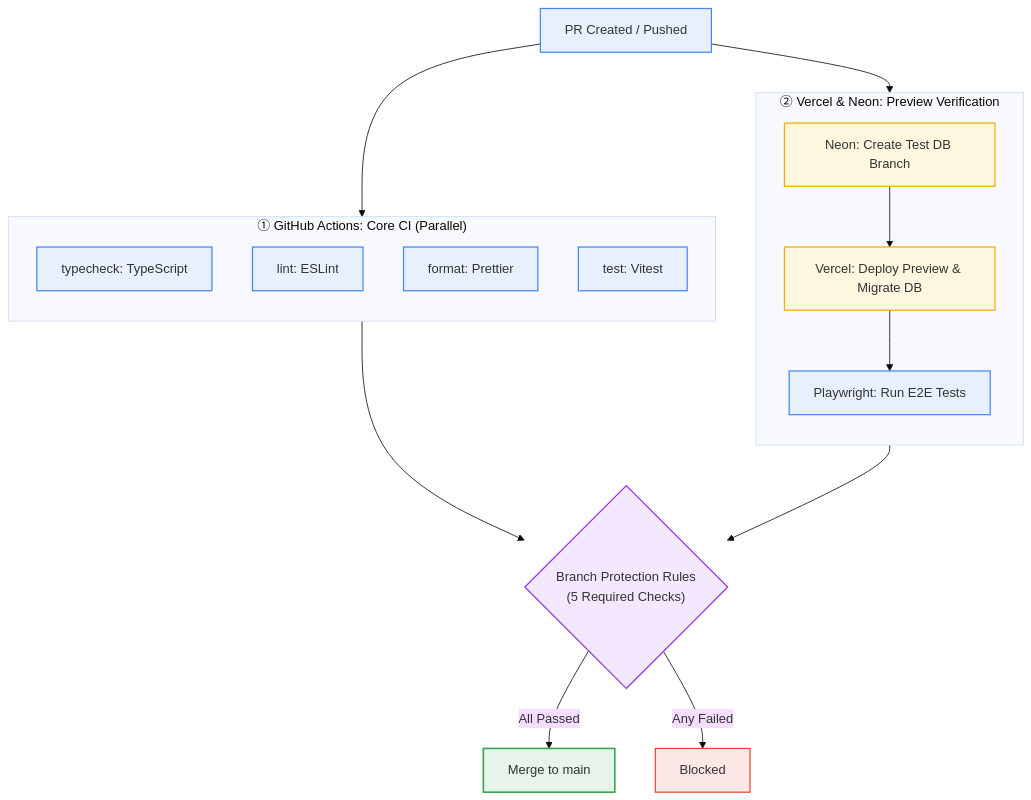
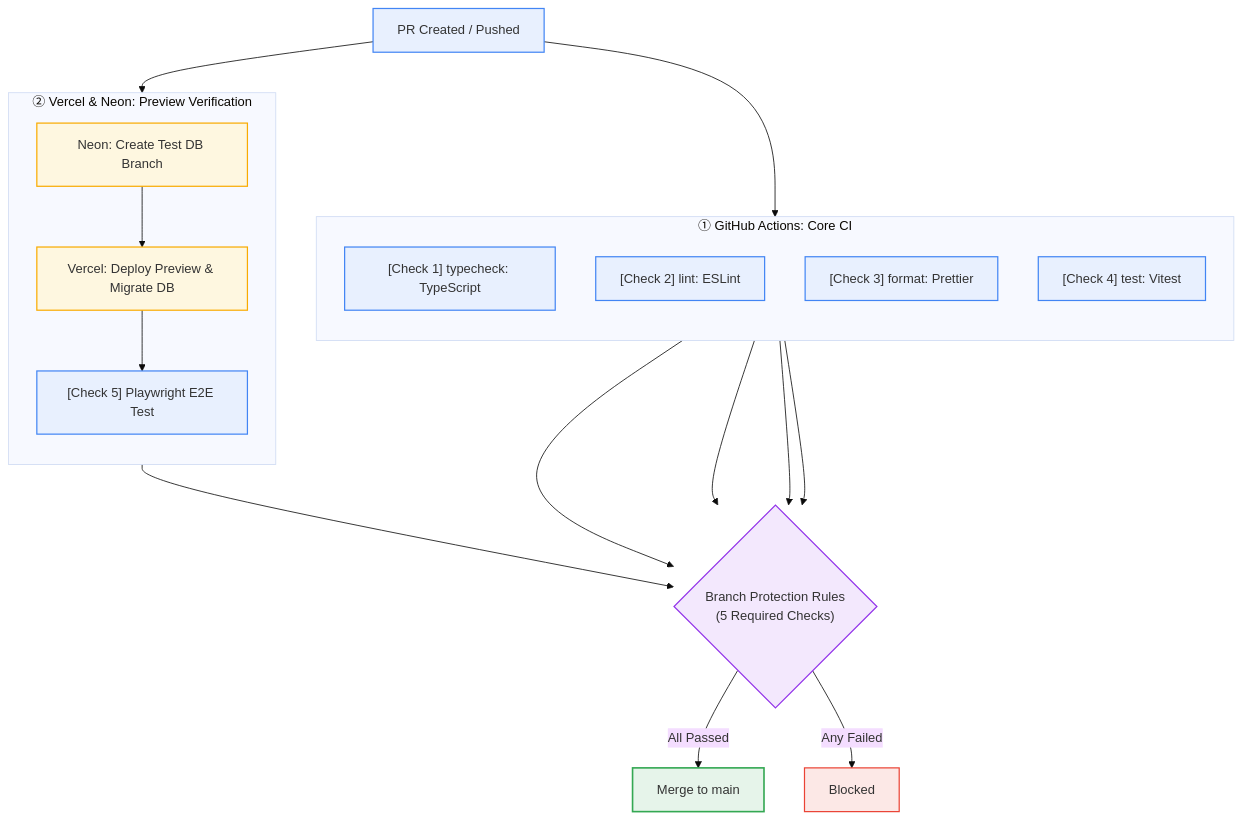
The first of 2 diagrams in README.md (asaborian/material-request), drawn with Mermaid (base theme) before and after one commit. The commit also changed other lines of this file, not shown here.

Commit message:
docs: 5つの必須チェックの明示化と本番デプロイフローの時系列順序を修正

````diff
--- a/README.md
+++ b/README.md
@@ -28,38 +28,35 @@
 ```mermaid
 flowchart TD
-    classDef test fill:#e8f0fe,stroke:#4285f4,stroke-width:1.5px;
+    classDef check fill:#e8f0fe,stroke:#4285f4,stroke-width:1.5px;
     classDef db fill:#fef7e0,stroke:#f9ab00,stroke-width:1.5px;
     classDef gate fill:#f3e8fd,stroke:#9334ea,stroke-width:1.5px;
     classDef ok fill:#e6f4ea,stroke:#34a853,stroke-width:2px;
     classDef ng fill:#fce8e6,stroke:#ea4335,stroke-width:1.5px;
 
-    PR["PR Created / Pushed"]:::test
+    PR["PR Created / Pushed"]:::check
 
-    %% 並列で走る2大パイプライン
-    subgraph CI [" ① GitHub Actions: Core CI (Parallel) "]
+    subgraph CI [" ① GitHub Actions: Core CI "]
         direction TB
-        TC["typecheck: TypeScript"]:::test
-        LINT["lint: ESLint"]:::test
-        FMT["format: Prettier"]:::test
-        UNIT["test: Vitest"]:::test
+        TC["[Check 1] typecheck: TypeScript"]:::check
+        LINT["[Check 2] lint: ESLint"]:::check
+        FMT["[Check 3] format: Prettier"]:::check
+        UNIT["[Check 4] test: Vitest"]:::check
     end
 
     subgraph PREVIEW [" ② Vercel & Neon: Preview Verification "]
         direction TB
         NEON["Neon: Create Test DB Branch"]:::db
         VERCEL["Vercel: Deploy Preview & Migrate DB"]:::db
-        E2E["Playwright: Run E2E Tests"]:::test
+        E2E["[Check 5] Playwright E2E Test"]:::check
         NEON --> VERCEL --> E2E
     end
 
     PR --> CI
     PR --> PREVIEW
 
-    %% 合流してゲート判定
-    GATE{"Branch Protection Rules<br>(5 Required Checks)"}:::gate
-    CI --> GATE
-    E2E --> GATE
+    %% 5つの必須チェックが直接合流
+    TC & LINT & FMT & UNIT & E2E --> GATE{"Branch Protection Rules<br>(5 Required Checks)"}:::gate
 
     GATE -->|All Passed| PASS["Merge to main"]:::ok
     GATE -->|Any Failed| FAIL["Blocked"]:::ng
 ```
````
